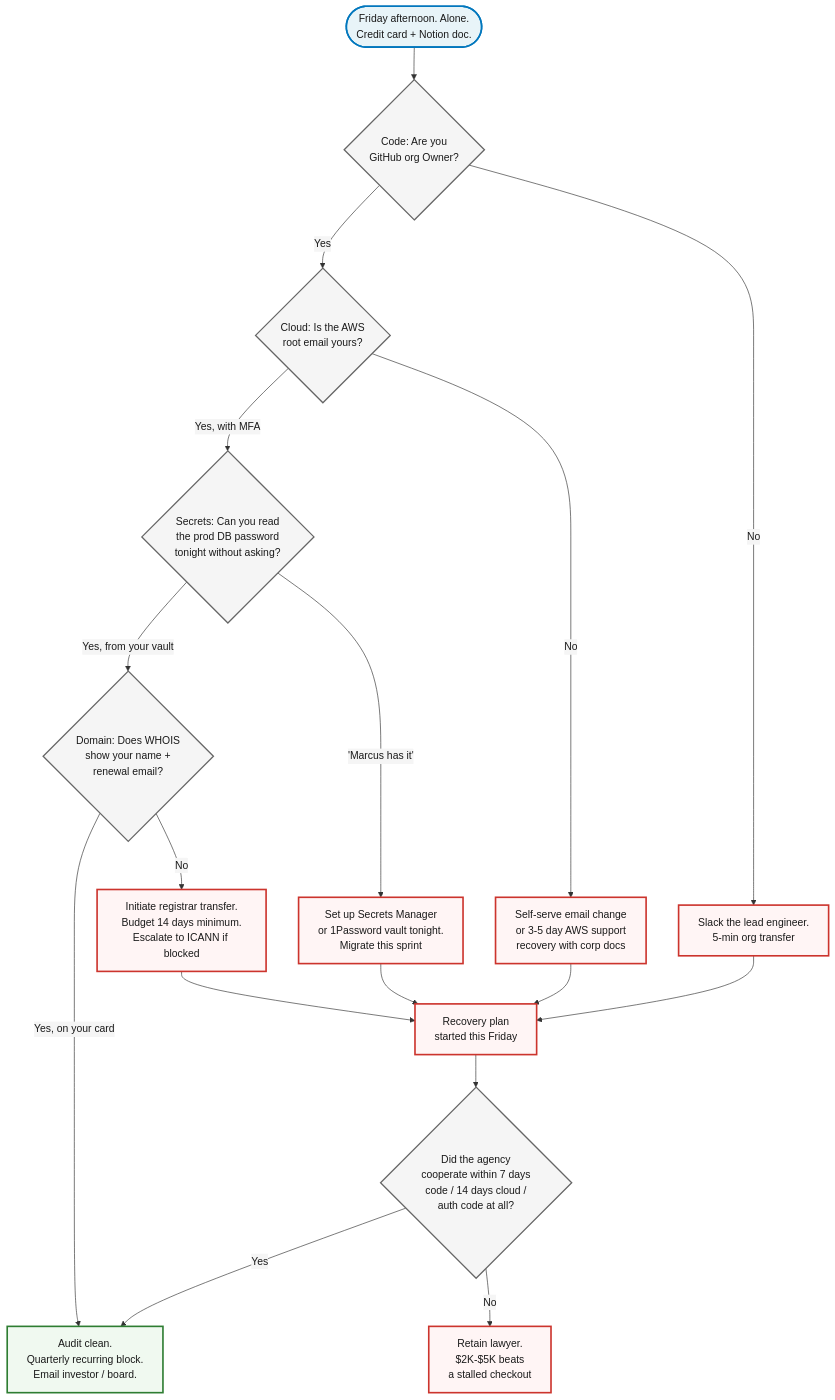
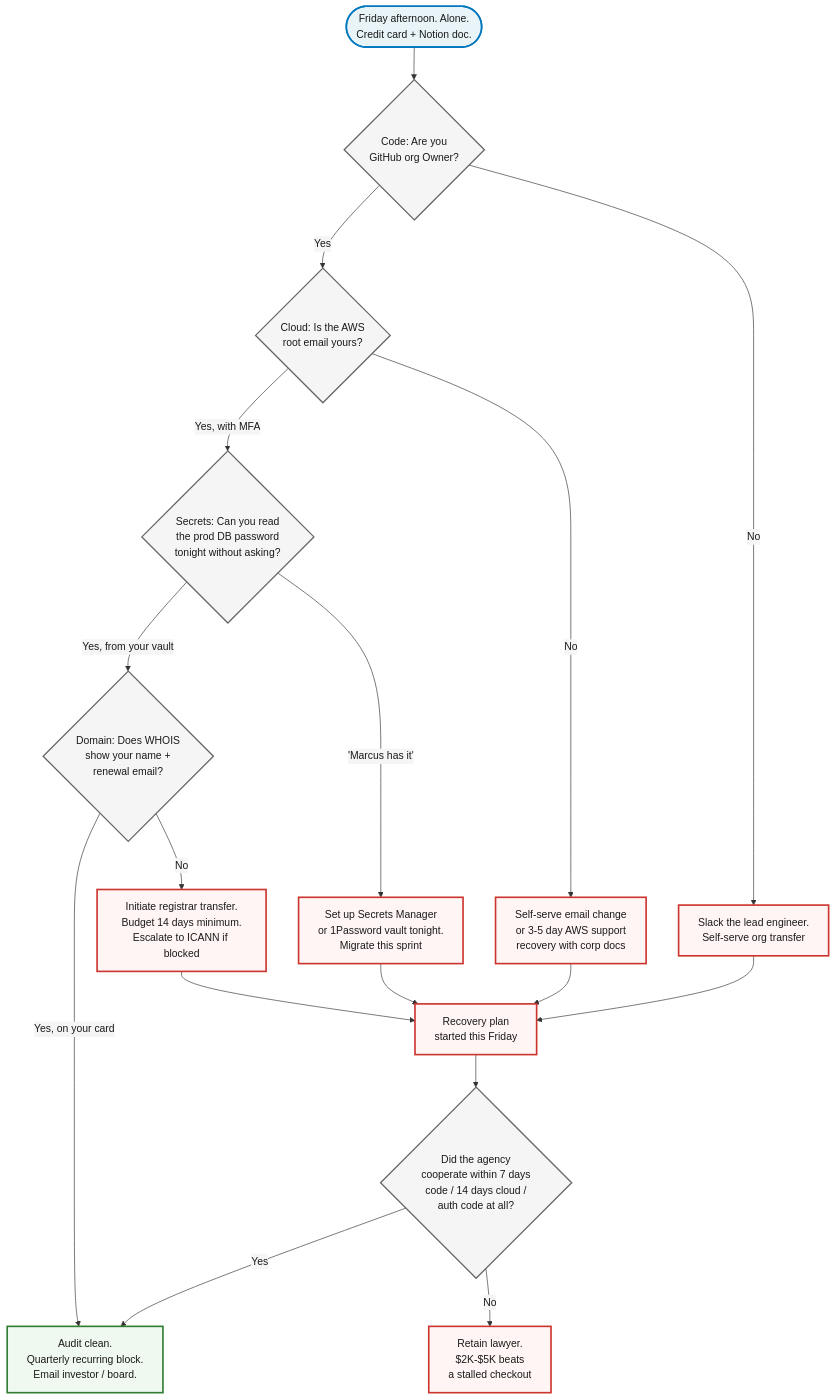
One commit to jetthoughts/jetthoughts.github.io changed the diagram in content/course/tech-for-non-technical-founders-2026/github-aws-database-ownership-checklist/index.md. Above: the diagram before and after it, drawn with Mermaid. The commit also changed other lines of this file and 25 other files, not shown here.

Commit message:
content(course): AI deep-research — logic-flow, critic sweeps, execution-readiness

````diff
--- a/content/course/tech-for-non-technical-founders-2026/github-aws-database-ownership-checklist/index.md
+++ b/content/course/tech-for-non-technical-founders-2026/github-aws-database-ownership-checklist/index.md
@@ -110,36 +110,36 @@
 ```mermaid
 %%{init: {'theme':'base', 'themeVariables': {'fontFamily':'Caveat, Patrick Hand, cursive', 'primaryColor':'#f5f5f5', 'primaryBorderColor':'#666', 'lineColor':'#333', 'primaryTextColor':'#1a1a1a'}}}%%
 flowchart TD
     Start(["Friday afternoon. Alone.<br/>Credit card + Notion doc."])
     Start --> Code{Code: Are you<br/>GitHub org Owner?}
     Code -->|Yes| Cloud{Cloud: Is the AWS<br/>root email yours?}
-    Code -->|No| FixCode[Slack the lead engineer.<br/>5-min org transfer]
+    Code -->|No| FixCode[Slack the lead engineer.<br/>Self-serve org transfer]
 
     Cloud -->|Yes, with MFA| Sec{Secrets: Can you read<br/>the prod DB password<br/>tonight without asking?}
     Cloud -->|No| FixCloud[Self-serve email change<br/>or 3-5 day AWS support<br/>recovery with corp docs]
 
     Sec -->|Yes, from your vault| Dom{Domain: Does WHOIS<br/>show your name +<br/>renewal email?}
     Sec -->|"'Marcus has it'"| FixSec[Set up Secrets Manager<br/>or 1Password vault tonight.<br/>Migrate this sprint]
 
     Dom -->|Yes, on your card| Pass[Audit clean.<br/>Quarterly recurring block.<br/>Email investor / board.]
     Dom -->|No| FixDom[Initiate registrar transfer.<br/>Budget 14 days minimum.<br/>Escalate to ICANN if blocked]
 
     FixCode --> Recovery[Recovery plan<br/>started this Friday]
     FixCloud --> Recovery
     FixSec --> Recovery
     FixDom --> Recovery
 
     Recovery --> Escalate{Did the agency<br/>cooperate within 7 days<br/>code / 14 days cloud /<br/>auth code at all?}
     Escalate -->|Yes| Pass
     Escalate -->|No| Lawyer[Retain lawyer.<br/>$2K-$5K beats<br/>a stalled checkout]
 
     classDef good fill:#f0f9f0,stroke:#2e7d32,stroke-width:2.5px,color:#1a1a1a
     classDef bad  fill:#fff5f5,stroke:#cc342d,stroke-width:2.5px,color:#1a1a1a
     classDef neutral fill:#f5f5f5,stroke:#666,stroke-width:2px,color:#1a1a1a
     classDef start fill:#e8f4f8,stroke:#0277bd,stroke-width:2.5px,color:#1a1a1a
 
     class Start start
     class Code,Cloud,Sec,Dom,Escalate neutral
     class Pass good
     class FixCode,FixCloud,FixSec,FixDom,Recovery,Lawyer bad
 ```
````
